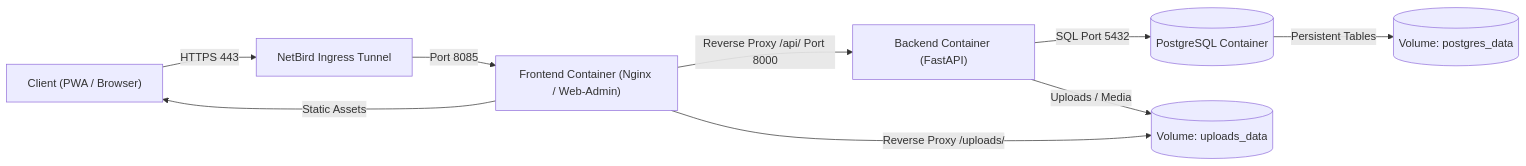
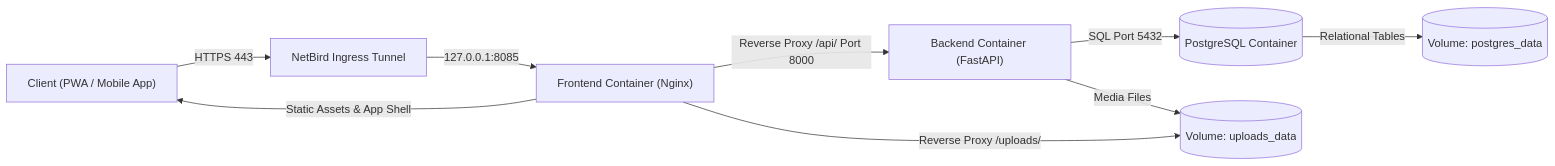
Before and after one commit to Pascal-Thommen/pascal-thommen.github.io: the diagram in content/posts/upa-campus-app-architecture/index.en.md, drawn with Mermaid. The commit also changed other lines of this file and 20 other files, not shown here.

Commit message:
feat(posts): refine UPA Campus App architecture series with holistic webapp mental model and specification depth

````diff
--- a/content/posts/upa-campus-app-architecture/index.en.md
+++ b/content/posts/upa-campus-app-architecture/index.en.md
@@ -36,11 +36,11 @@
 ```mermaid
 flowchart LR
-    Client["Client (PWA / Browser)"] -->|HTTPS 443| NetBird["NetBird Ingress Tunnel"]
-    NetBird -->|Port 8085| Nginx["Frontend Container (Nginx / Web-Admin)"]
-    Nginx -->|Static Assets| Client
+    Client["Client (PWA / Mobile App)"] -->|HTTPS 443| NetBird["NetBird Ingress Tunnel"]
+    NetBird -->|127.0.0.1:8085| Nginx["Frontend Container (Nginx)"]
+    Nginx -->|Static Assets & App Shell| Client
     Nginx -->|Reverse Proxy /api/ Port 8000| Backend["Backend Container (FastAPI)"]
     Backend -->|SQL Port 5432| DB[("PostgreSQL Container")]
-    DB -->|Persistent Tables| VolDB[("Volume: postgres_data")]
-    Backend -->|Uploads / Media| VolMedia[("Volume: uploads_data")]
+    DB -->|Relational Tables| VolDB[("Volume: postgres_data")]
+    Backend -->|Media Files| VolMedia[("Volume: uploads_data")]
     Nginx -->|Reverse Proxy /uploads/| VolMedia
 ```
````
